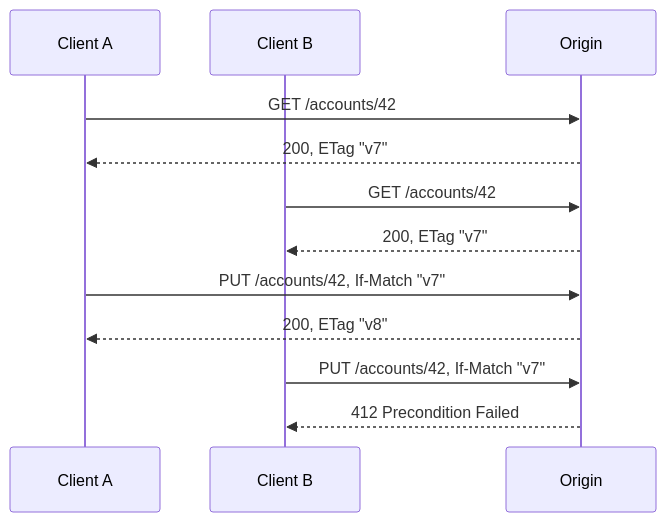
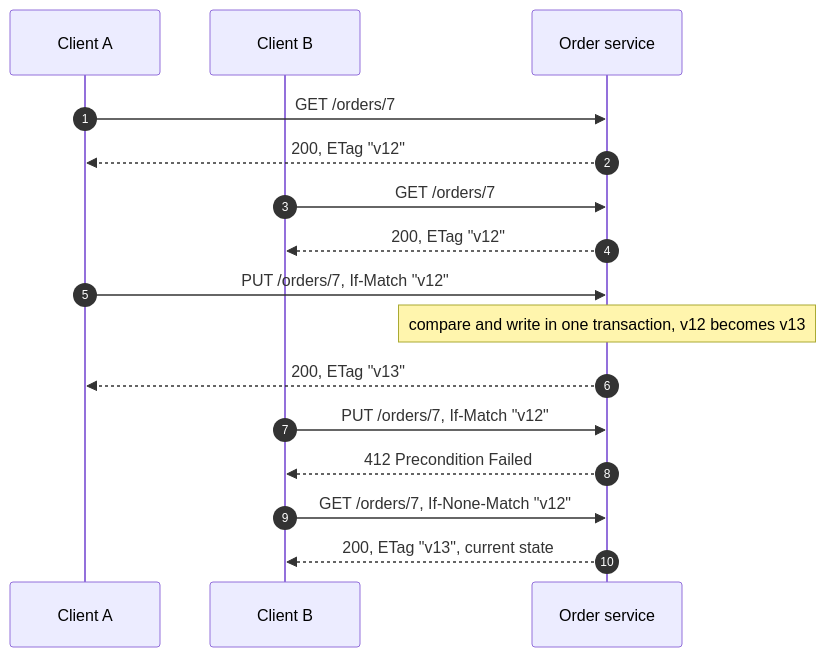
One commit to gorkemsari/distributed-systems changed the second of 5 diagrams in src/content/docs/en/communication/synchronous-protocols/rest.mdx. Above: the diagram before and after it, drawn with Mermaid. The commit also changed other lines of this file and 3 other files, not shown here.

````diff
--- a/src/content/docs/en/communication/synchronous-protocols/rest.mdx
+++ b/src/content/docs/en/communication/synchronous-protocols/rest.mdx
@@ -113,15 +62,18 @@
 ```mermaid
 sequenceDiagram
+    autonumber
     participant A as Client A
     participant B as Client B
-    participant S as Origin
- 
-    A->>S: GET /accounts/42
-    S-->>A: 200, ETag "v7"
-    B->>S: GET /accounts/42
-    S-->>B: 200, ETag "v7"
-    A->>S: PUT /accounts/42, If-Match "v7"
-    S-->>A: 200, ETag "v8"
-    B->>S: PUT /accounts/42, If-Match "v7"
+    participant S as Order service
+    A->>S: GET /orders/7
+    S-->>A: 200, ETag "v12"
+    B->>S: GET /orders/7
+    S-->>B: 200, ETag "v12"
+    A->>S: PUT /orders/7, If-Match "v12"
+    Note over S: compare and write in one transaction, v12 becomes v13
+    S-->>A: 200, ETag "v13"
+    B->>S: PUT /orders/7, If-Match "v12"
     S-->>B: 412 Precondition Failed
+    B->>S: GET /orders/7, If-None-Match "v12"
+    S-->>B: 200, ETag "v13", current state
 ```
````
